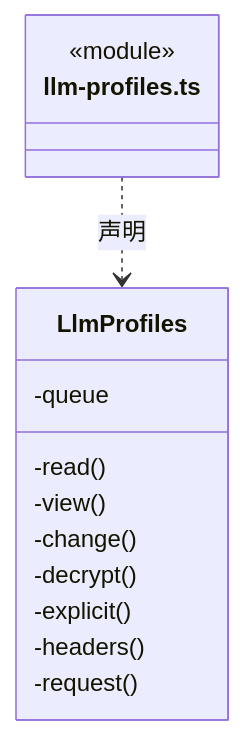
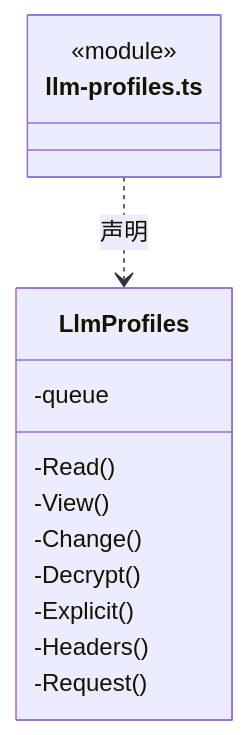
One commit to nan023062/cbim changed the fourth of 5 diagrams in src/logic/models/service/ARCHITECTURE.md. Above: the diagram before and after it, drawn with Mermaid. The commit also changed other lines of this file and 1035 other files, not shown here.

````diff
--- a/src/logic/models/service/ARCHITECTURE.md
+++ b/src/logic/models/service/ARCHITECTURE.md
@@ -112,17 +112,17 @@
 ```mermaid
 classDiagram
 class N_src_logic_models_service_llm_profiles_ts["llm-profiles.ts"] {
   <<module>>
 }
 class N_src_logic_models_service_llm_profiles_ts_LlmProfiles["LlmProfiles"] {
   -queue
-  -read()
-  -view()
-  -change()
-  -decrypt()
-  -explicit()
-  -headers()
-  -request()
+  -Read()
+  -View()
+  -Change()
+  -Decrypt()
+  -Explicit()
+  -Headers()
+  -Request()
 }
 N_src_logic_models_service_llm_profiles_ts ..> N_src_logic_models_service_llm_profiles_ts_LlmProfiles : 声明
 ```
````
